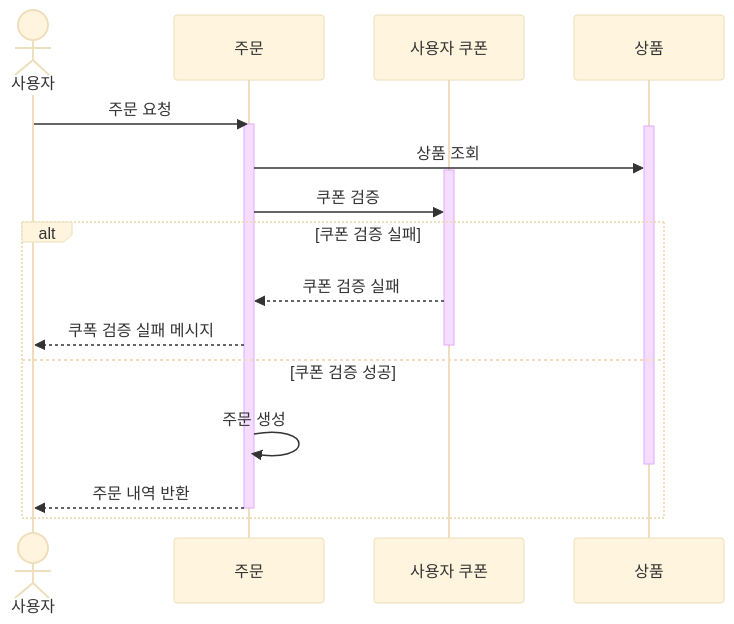
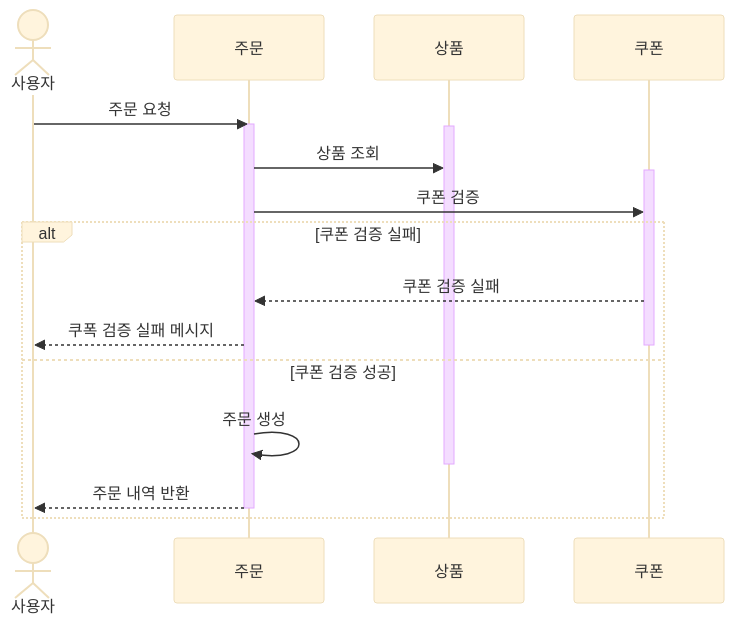
One commit to seokho-1116/ecommerce-practice changed the fourth of 7 diagrams in docs/설계.md. Above: the diagram before and after it, drawn with Mermaid (base theme). The commit also changed other lines of this file, not shown here.

Commit message:
fix: 설계 문서 수정

````diff
--- a/docs/설계.md
+++ b/docs/설계.md
@@ -156,23 +157,22 @@
 ```mermaid
 sequenceDiagram
     actor 사용자
     participant 주문
-    participant 사용자 쿠폰
     participant 상품
     사용자 ->> 주문: 주문 요청
     activate 주문
     activate 상품
     주문 ->> 상품: 상품 조회
-    activate 사용자 쿠폰
-    주문 ->> 사용자 쿠폰: 쿠폰 검증
+    activate 쿠폰
+    주문 ->> 쿠폰: 쿠폰 검증
     alt 쿠폰 검증 실패
-        사용자 쿠폰 -->> 주문: 쿠폰 검증 실패
+        쿠폰 -->> 주문: 쿠폰 검증 실패
         주문 -->> 사용자: 쿠폭 검증 실패 메시지
-        deactivate 사용자 쿠폰
+        deactivate 쿠폰
     else 쿠폰 검증 성공
         주문 ->> 주문: 주문 생성
         deactivate 상품
         주문 -->> 사용자: 주문 내역 반환
         deactivate 주문
     end
 ```
````
